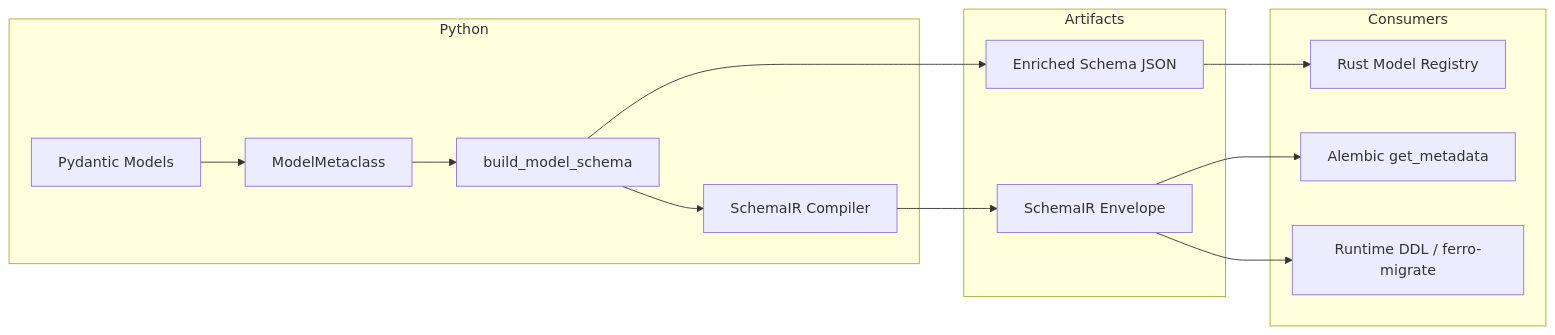
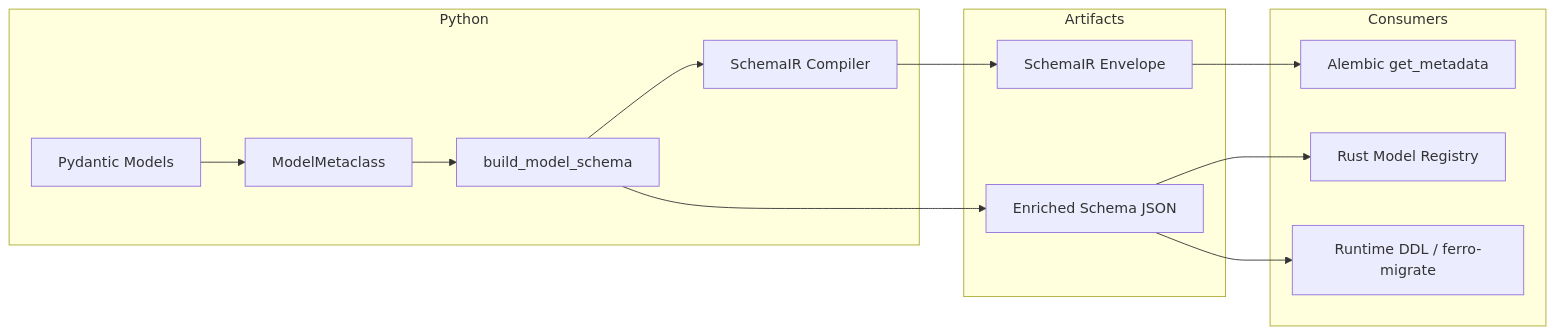
Before and after one commit to syn54x/ferro-orm: the first of 4 diagrams in docs/pages/concepts/architecture.md, drawn with Mermaid. The commit also changed other lines of this file and 4 other files, not shown here.

````diff
--- a/docs/pages/concepts/architecture.md
+++ b/docs/pages/concepts/architecture.md
@@ -13,29 +13,29 @@
 ```mermaid
 graph LR
     subgraph python [Python]
         Models[Pydantic Models]
         Metaclass[ModelMetaclass]
         Builder[build_model_schema]
         Compiler[SchemaIR Compiler]
     end
 
     subgraph artifacts [Artifacts]
         SchemaIR[SchemaIR Envelope]
         EnrichedJSON[Enriched Schema JSON]
     end
 
     subgraph consumers [Consumers]
         Alembic[Alembic get_metadata]
         Registry[Rust Model Registry]
         Migrate[Runtime DDL / ferro-migrate]
     end
 
     Models --> Metaclass
     Metaclass --> Builder
     Builder --> EnrichedJSON
     Builder --> Compiler
     Compiler --> SchemaIR
     SchemaIR --> Alembic
-    SchemaIR --> Migrate
     EnrichedJSON --> Registry
+    EnrichedJSON --> Migrate
 ```
````
